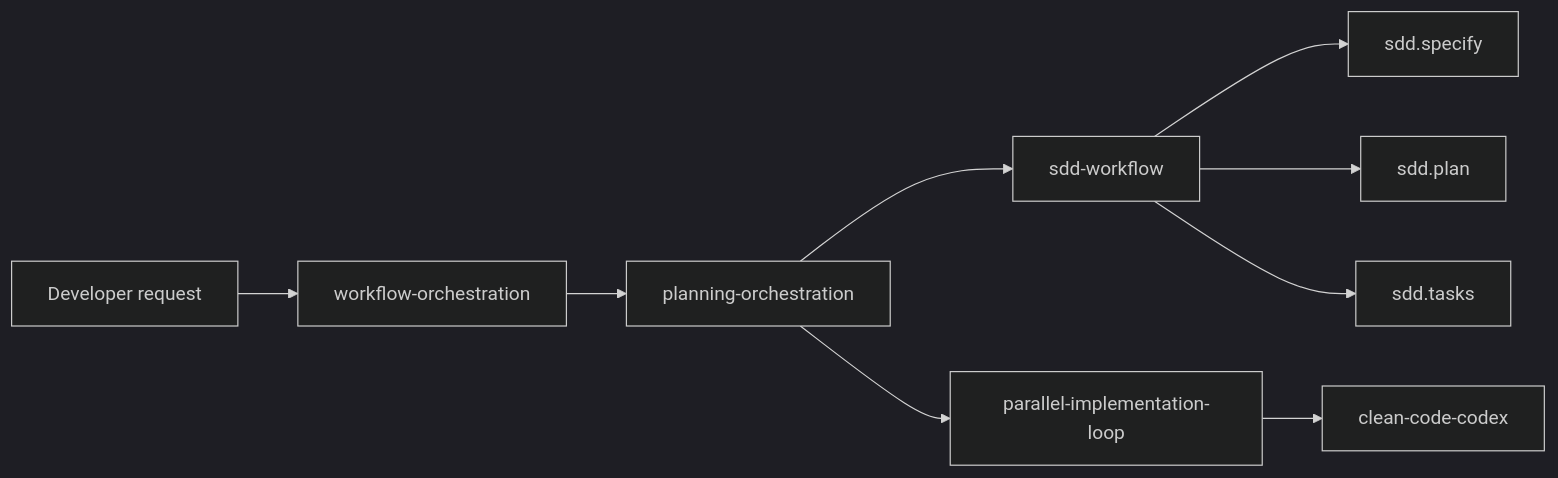
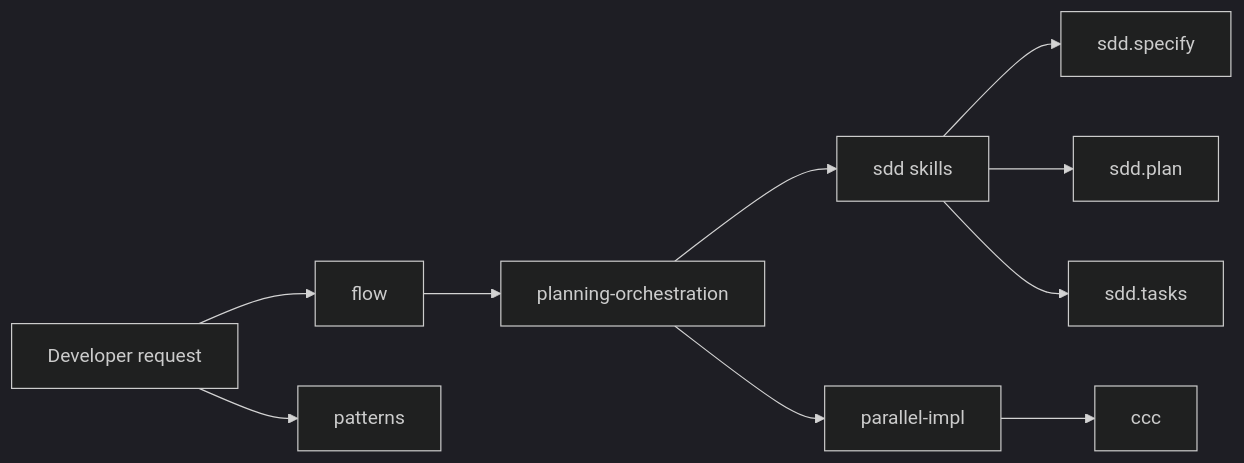
Before and after one commit to mikecubed/agent-orchestration: the diagram in docs/plugin-composition.md, drawn with Mermaid (dark theme). The commit also changed other lines of this file and 222 other files, not shown here.

````diff
--- a/docs/plugin-composition.md
+++ b/docs/plugin-composition.md
@@ -7,21 +7,23 @@
 ```mermaid
 flowchart LR
     USER[Developer request]
-    WO[workflow-orchestration]
+    FLOW[flow]
     PLAN[planning-orchestration]
-    SDD[sdd-workflow]
-    CODEX[clean-code-codex]
+    SDD[sdd skills]
+    CCC[ccc]
+    PAT[patterns]
     SPEC[sdd.specify]
     P[sdd.plan]
     TASKS[sdd.tasks]
-    EXEC[parallel-implementation-loop]
+    EXEC[parallel-impl]
 
-    USER --> WO
-    WO --> PLAN
+    USER --> FLOW
+    FLOW --> PLAN
     PLAN --> SDD
-    EXEC --> CODEX
+    EXEC --> CCC
     SDD --> SPEC
     SDD --> P
     SDD --> TASKS
     PLAN --> EXEC
+    USER --> PAT
 ```
````
